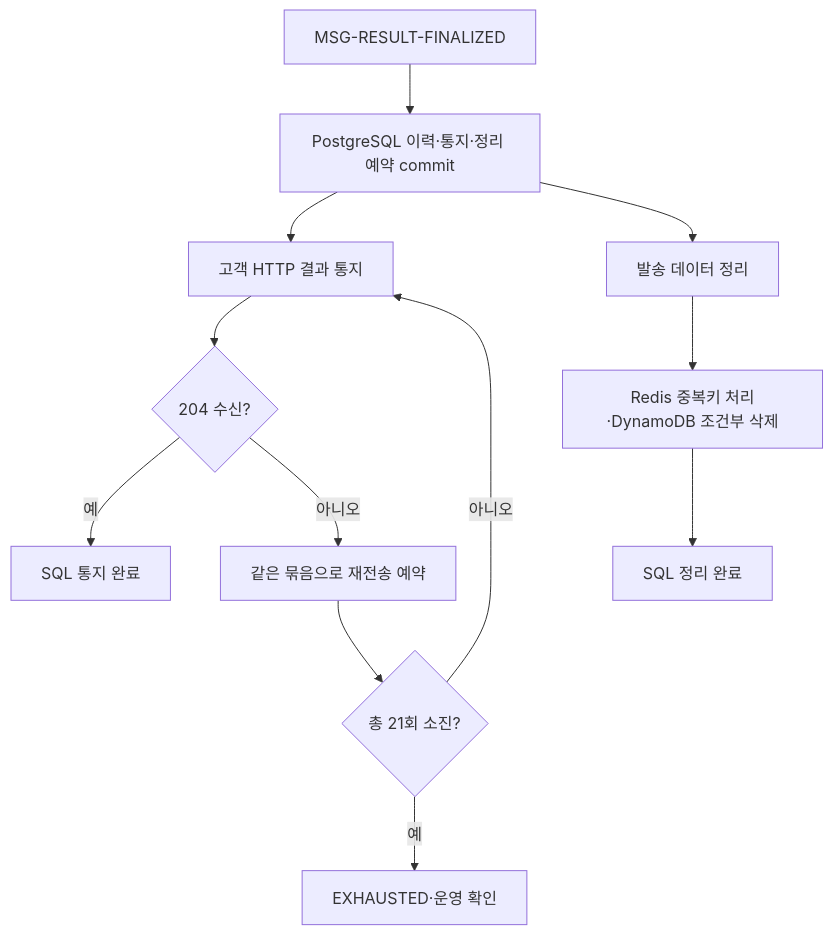
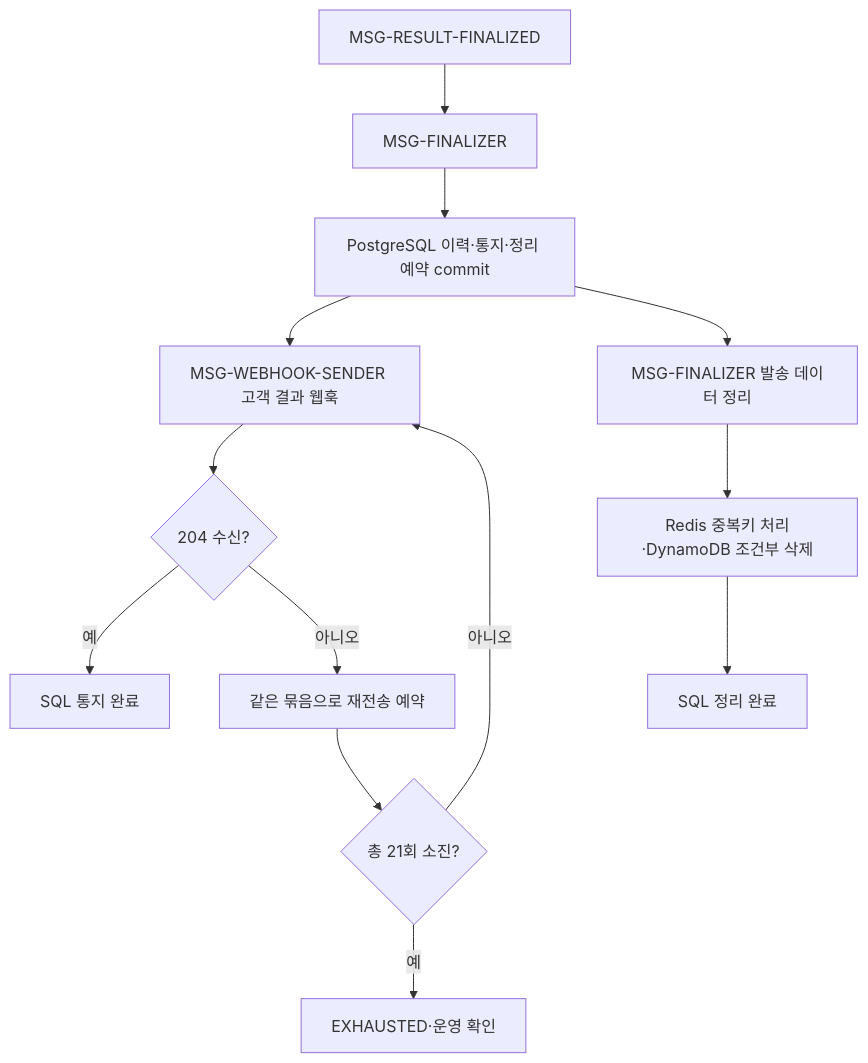
Before and after one commit to hyun-seung/High-throughput-event-platform: the tenth of 10 diagrams in docs/53-신규-메시지-케이스별-Call-Flow.md, drawn with Mermaid. The commit also changed other lines of this file and 1 other file, not shown here.

````diff
--- a/docs/53-신규-메시지-케이스별-Call-Flow.md
+++ b/docs/53-신규-메시지-케이스별-Call-Flow.md
@@ -315,14 +319,15 @@
 ```mermaid
 flowchart TD
-    F[MSG-RESULT-FINALIZED] --> Q[PostgreSQL 이력·통지·정리 예약 commit]
-    Q --> N[고객 HTTP 결과 통지]
-    Q --> C[발송 데이터 정리]
+    F[MSG-RESULT-FINALIZED] --> Z[MSG-FINALIZER]
+    Z --> Q[PostgreSQL 이력·통지·정리 예약 commit]
+    Q --> N[MSG-WEBHOOK-SENDER 고객 결과 웹훅]
+    Q --> C[MSG-FINALIZER 발송 데이터 정리]
     N --> A{204 수신?}
     A -->|예| D[SQL 통지 완료]
     A -->|아니오| R[같은 묶음으로 재전송 예약]
     R --> L{총 21회 소진?}
     L -->|아니오| N
     L -->|예| H[EXHAUSTED·운영 확인]
     C --> X[Redis 중복키 처리·DynamoDB 조건부 삭제]
     X --> Y[SQL 정리 완료]
 ```
````
